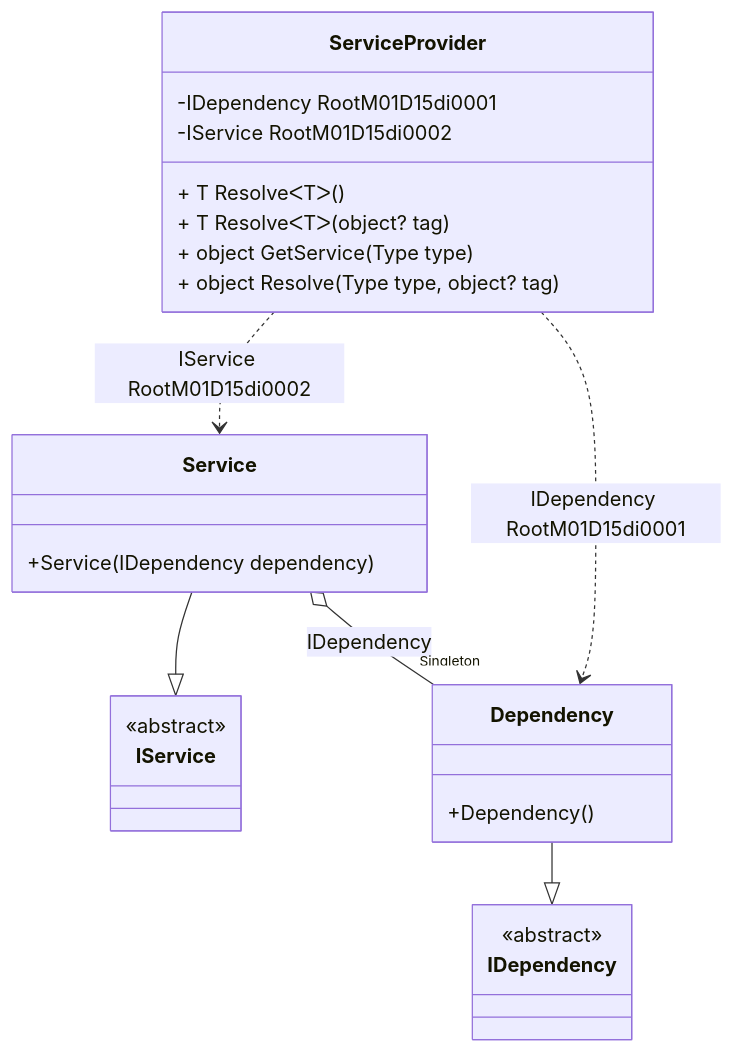
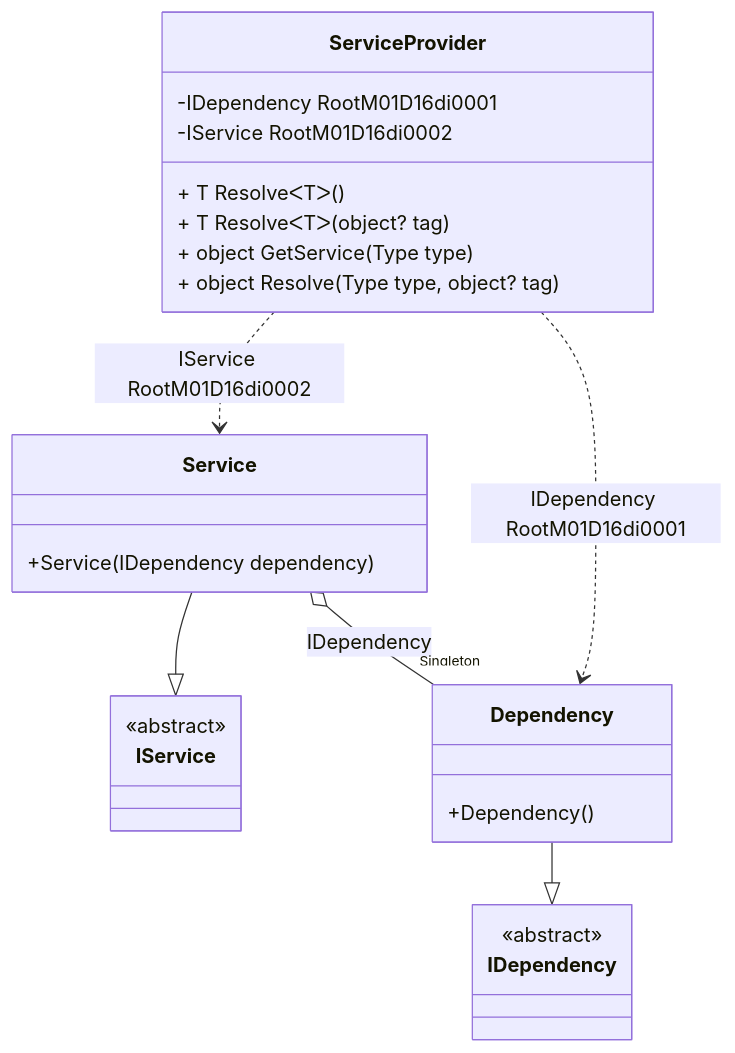
Before and after one commit to DevTeam/Pure.DI: the diagram in readme/service-provider.md, drawn with Mermaid. The commit also changed other lines of this file and 81 other files, not shown here.

````diff
--- a/readme/service-provider.md
+++ b/readme/service-provider.md
@@ -46,28 +46,28 @@
 ```mermaid
 classDiagram
   class ServiceProvider {
-    -IDependency RootM01D15di0001
-    -IService RootM01D15di0002
+    -IDependency RootM01D16di0001
+    -IService RootM01D16di0002
     + T ResolveᐸTᐳ()
     + T ResolveᐸTᐳ(object? tag)
     + object GetService(Type type)
     + object Resolve(Type type, object? tag)
   }
   Service --|> IService : 
   class Service {
     +Service(IDependency dependency)
   }
   Dependency --|> IDependency : 
   class Dependency {
     +Dependency()
   }
   class IService {
     <<abstract>>
   }
   class IDependency {
     <<abstract>>
   }
   Service o--  "Singleton" Dependency : IDependency
-  ServiceProvider ..> Dependency : IDependency RootM01D15di0001
-  ServiceProvider ..> Service : IService RootM01D15di0002
+  ServiceProvider ..> Dependency : IDependency RootM01D16di0001
+  ServiceProvider ..> Service : IService RootM01D16di0002
 ```
````
